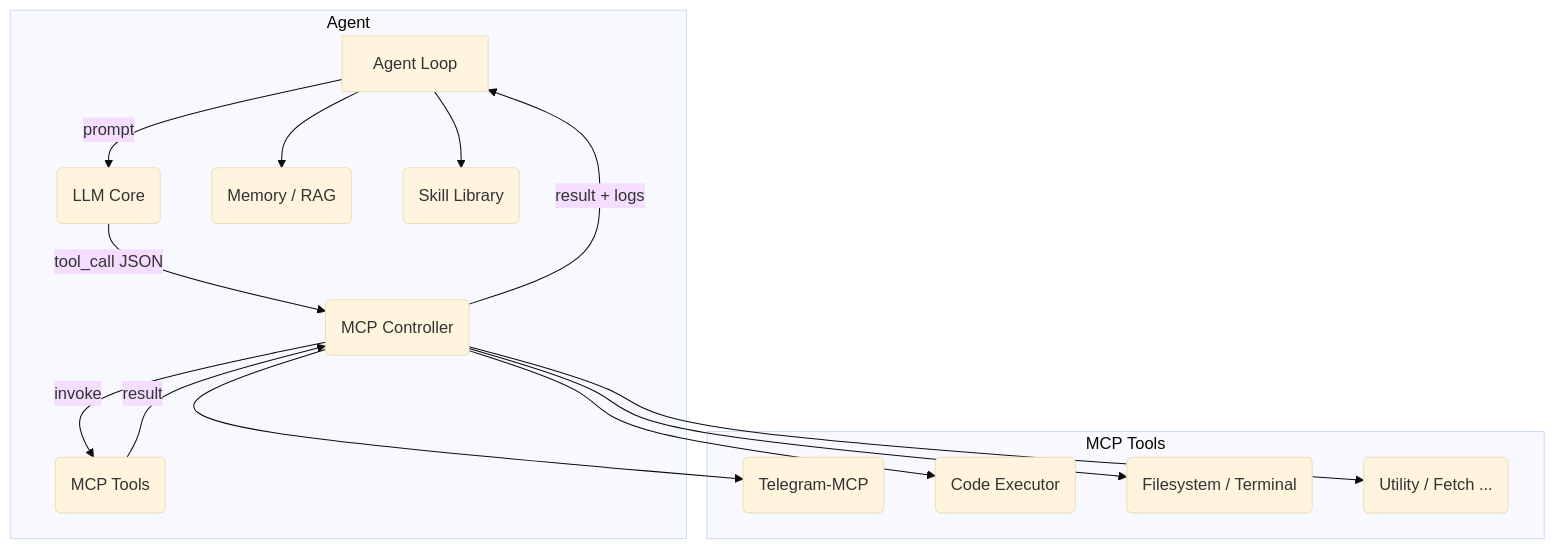
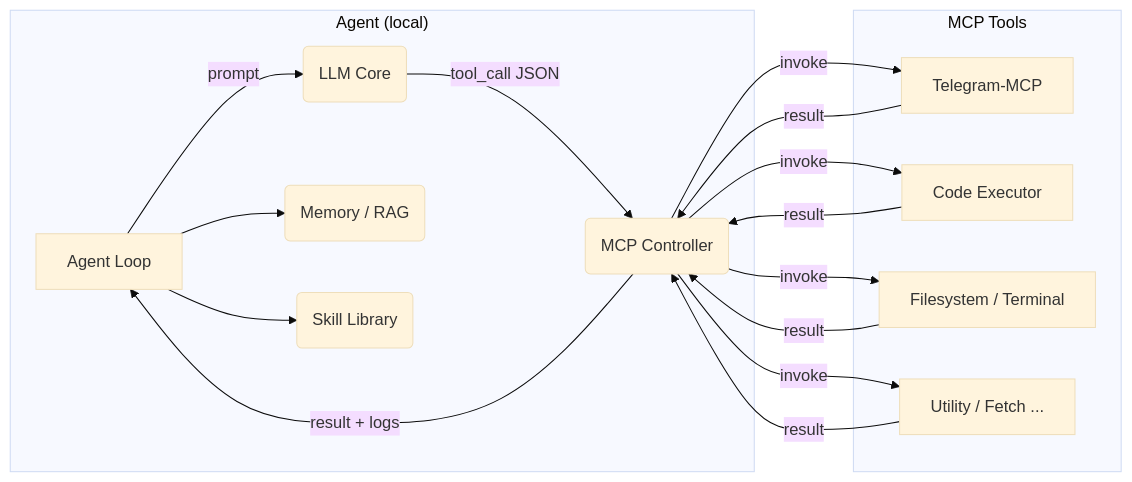
The diagram in README.md (Maxim-Lanskoy/TraeAgent), drawn with Mermaid (base theme) before and after one commit. The commit also changed other lines of this file, not shown here.

````diff
--- a/README.md
+++ b/README.md
@@ -40,20 +39,30 @@
 ```mermaid
-flowchart TD
-    subgraph Agent
-        A[Agent Loop] -->|prompt| L(LLM Core)
-        L -->|tool_call JSON| C(MCP Controller)
-        C -->|invoke| T(MCP Tools)
-        T -->|result| C -->|result + logs| A
-        A --> M(Memory / RAG)
-        A --> S(Skill Library)
-    end
+flowchart LR
+  %% === Agent core ===
+  subgraph Agent["Agent (local)"]
+    A[Agent Loop] -->|prompt| L(LLM Core)
+    A --> M(Memory / RAG)
+    A --> S(Skill Library)
+    L -->|tool_call JSON| C(MCP Controller)
+    C -->|result + logs| A
+  end
 
-    subgraph MCP Tools
-        TG(Telegram‑MCP)
-        CE(Code Executor)
-        FS(Filesystem / Terminal)
-        UT(Utility / Fetch ...)
-    end
+  %% === Tool side ===
+  subgraph "MCP Tools"
+    TG[Telegram‑MCP]
+    CE[Code Executor]
+    FS[Filesystem / Terminal]
+    UT[Utility / Fetch ...]
+  end
 
-    C --> TG & CE & FS & UT
+  %% === Connections ===
+  C -->|invoke| TG
+  C -->|invoke| CE
+  C -->|invoke| FS
+  C -->|invoke| UT
+
+  TG -->|result| C
+  CE -->|result| C
+  FS -->|result| C
+  UT -->|result| C
 ```
````
